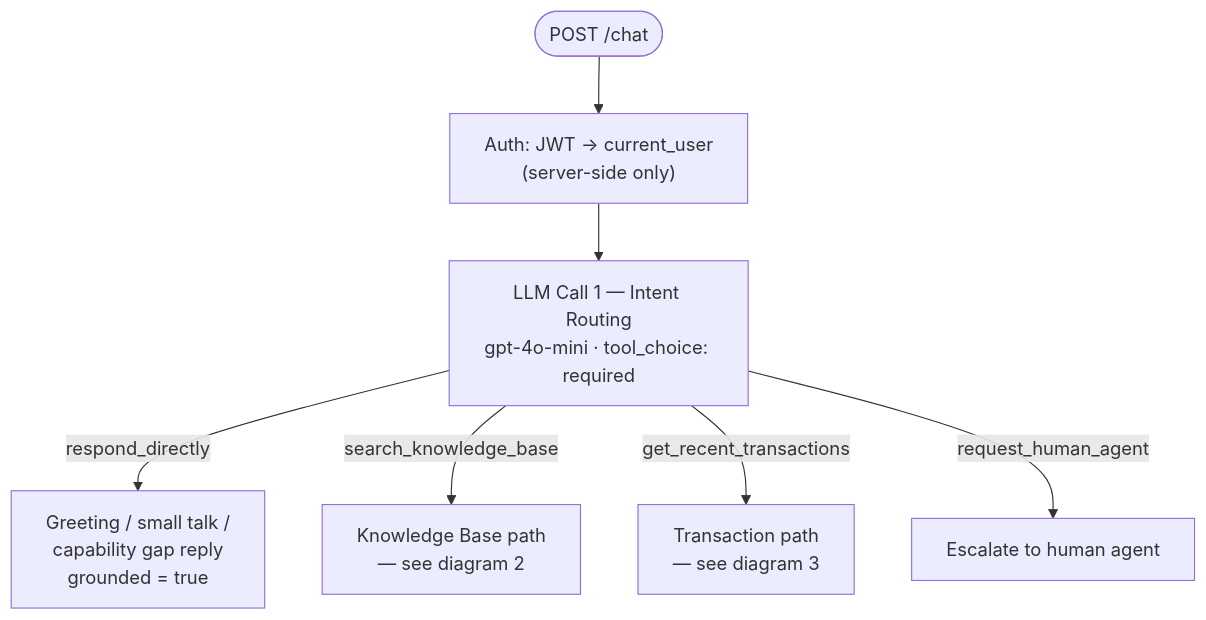
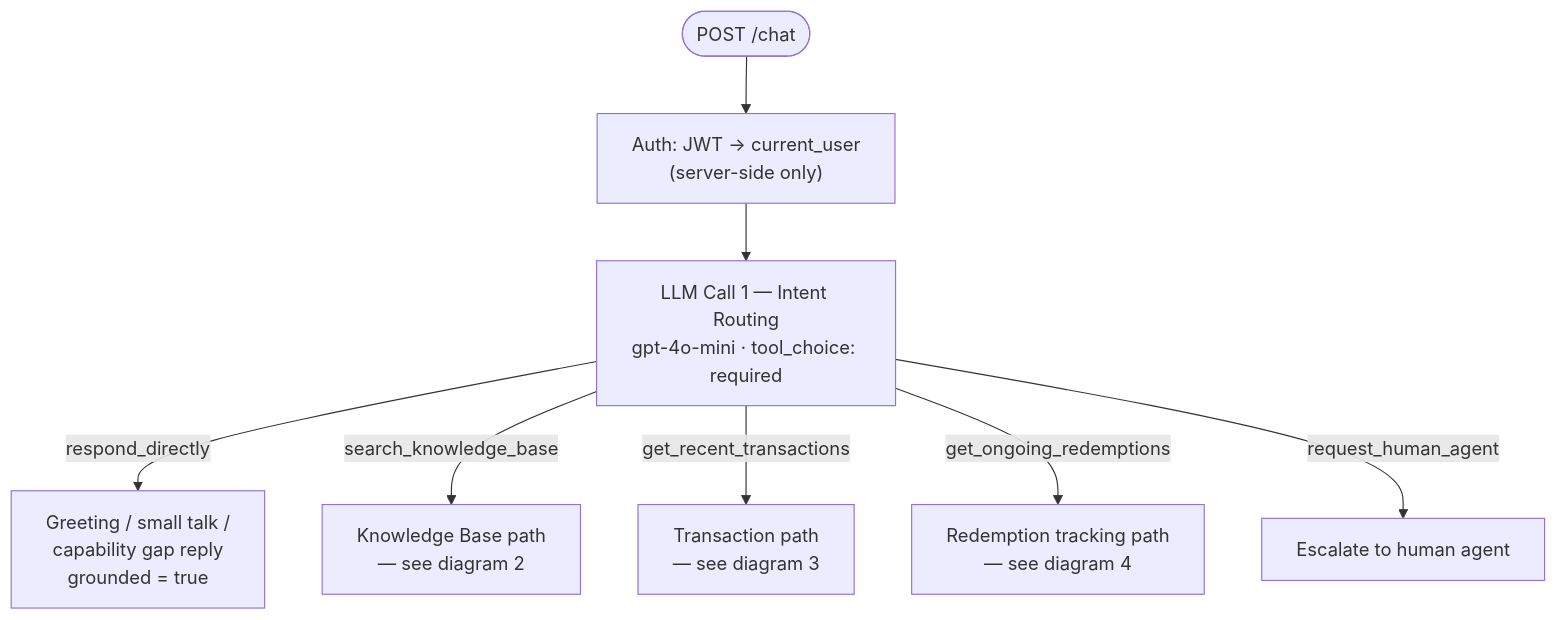
The first of 5 diagrams in docs/chat-tool-calling-flow.md (esakkiraja100116/ai-support-assistant), drawn with Mermaid before and after one commit. The commit also changed other lines of this file and 3 other files, not shown here.

````diff
--- a/docs/chat-tool-calling-flow.md
+++ b/docs/chat-tool-calling-flow.md
@@ -27,9 +29,10 @@
 ```mermaid
 flowchart TD
     A(["POST /chat"]) --> B["Auth: JWT -> current_user<br/>(server-side only)"]
     B --> C["LLM Call 1 — Intent Routing<br/>gpt-4o-mini · tool_choice: required"]
     C -->|respond_directly| D["Greeting / small talk /<br/>capability gap reply<br/>grounded = true"]
     C -->|search_knowledge_base| E["Knowledge Base path<br/>— see diagram 2"]
     C -->|get_recent_transactions| F["Transaction path<br/>— see diagram 3"]
+    C -->|get_ongoing_redemptions| H["Redemption tracking path<br/>— see diagram 4"]
     C -->|request_human_agent| G["Escalate to human agent"]
 ```
````
